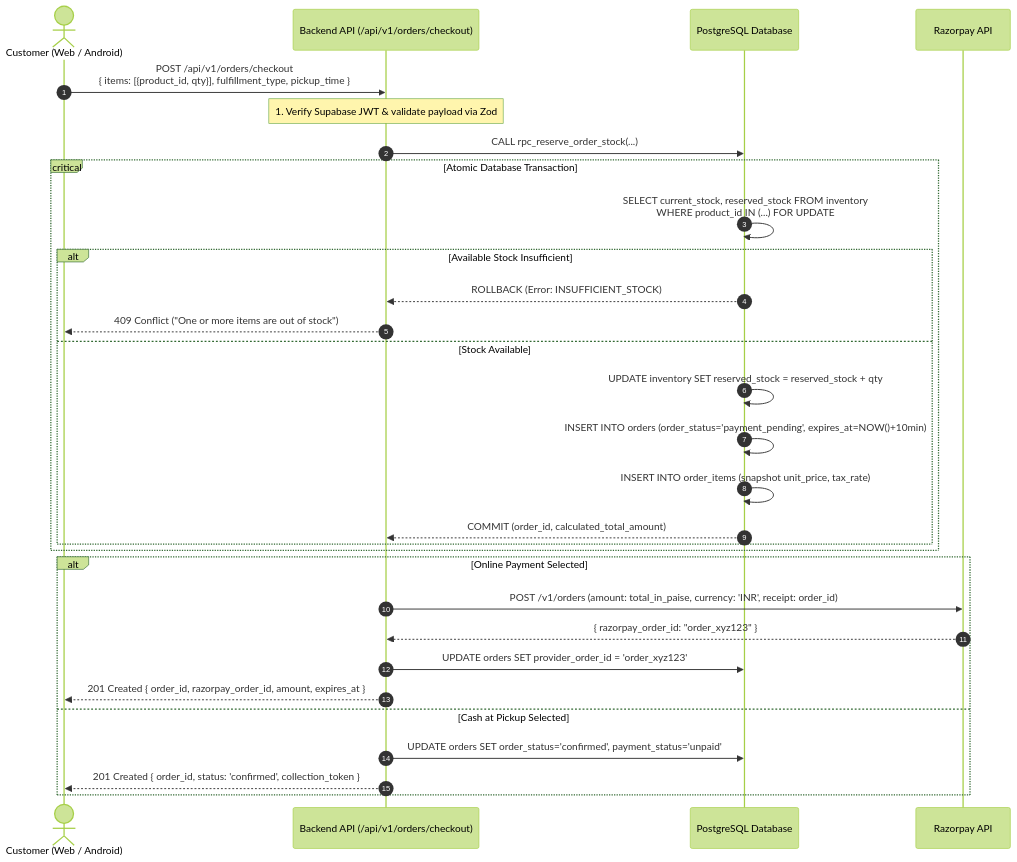
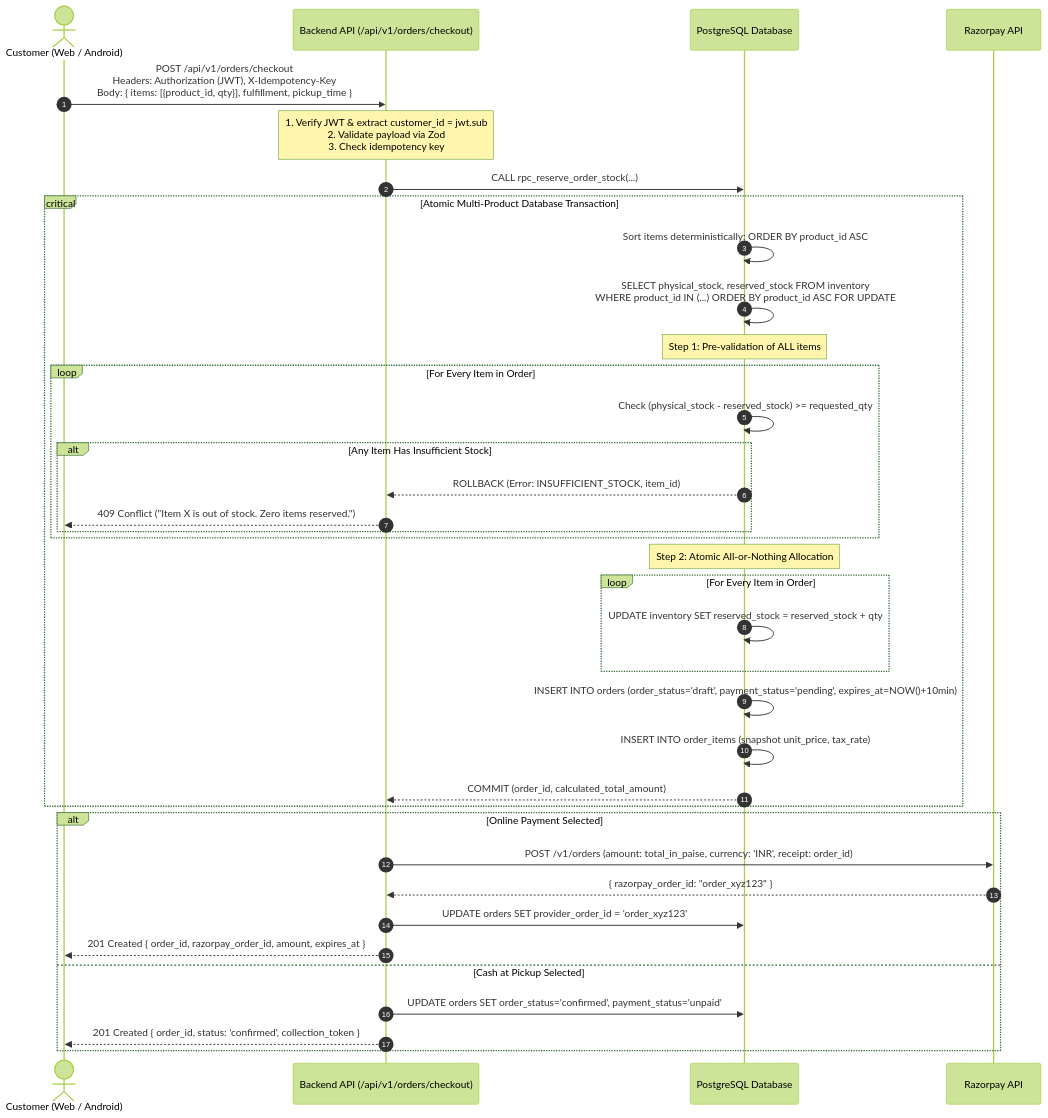
One commit to AbhinavKumar36/orange changed the second of 5 diagrams in docs/phase-0/SYSTEM_ARCHITECTURE.md. Above: the diagram before and after it, drawn with Mermaid (forest theme). The commit also changed other lines of this file and 9 other files, not shown here.

Commit message:
docs(phase-0.2): final consistency review: inventory accounting, multi-product deadlock safety, evidence-based refunds, and 10-phase roadmap

````diff
--- a/docs/phase-0/SYSTEM_ARCHITECTURE.md
+++ b/docs/phase-0/SYSTEM_ARCHITECTURE.md
@@ -158,35 +175,45 @@
 ```mermaid
 sequenceDiagram
     autonumber
     actor Customer as Customer (Web / Android)
     participant API as Backend API (/api/v1/orders/checkout)
     participant DB as PostgreSQL Database
     participant RP as Razorpay API
 
-    Customer->>API: POST /api/v1/orders/checkout<br/>{ items: [{product_id, qty}], fulfillment_type, pickup_time }
-    Note over API: 1. Verify Supabase JWT & validate payload via Zod
+    Customer->>API: POST /api/v1/orders/checkout<br/>Headers: Authorization (JWT), X-Idempotency-Key<br/>Body: { items: [{product_id, qty}], fulfillment, pickup_time }
+    
+    Note over API: 1. Verify JWT & extract customer_id = jwt.sub<br/>2. Validate payload via Zod<br/>3. Check idempotency key
     API->>DB: CALL rpc_reserve_order_stock(...)
     
-    critical Atomic Database Transaction
-        DB->>DB: SELECT current_stock, reserved_stock FROM inventory<br/>WHERE product_id IN (...) FOR UPDATE
-        alt Available Stock Insufficient
-            DB-->>API: ROLLBACK (Error: INSUFFICIENT_STOCK)
-            API-->>Customer: 409 Conflict ("One or more items are out of stock")
-        else Stock Available
+    critical Atomic Multi-Product Database Transaction
+        DB->>DB: Sort items deterministically: ORDER BY product_id ASC
+        DB->>DB: SELECT physical_stock, reserved_stock FROM inventory<br/>WHERE product_id IN (...) ORDER BY product_id ASC FOR UPDATE
+        
+        Note over DB: Step 1: Pre-validation of ALL items
+        loop For Every Item in Order
+            DB->>DB: Check (physical_stock - reserved_stock) >= requested_qty
+            alt Any Item Has Insufficient Stock
+                DB-->>API: ROLLBACK (Error: INSUFFICIENT_STOCK, item_id)
+                API-->>Customer: 409 Conflict ("Item X is out of stock. Zero items reserved.")
+            end
+        end
+
+        Note over DB: Step 2: Atomic All-or-Nothing Allocation
+        loop For Every Item in Order
             DB->>DB: UPDATE inventory SET reserved_stock = reserved_stock + qty
-            DB->>DB: INSERT INTO orders (order_status='payment_pending', expires_at=NOW()+10min)
-            DB->>DB: INSERT INTO order_items (snapshot unit_price, tax_rate)
-            DB-->>API: COMMIT (order_id, calculated_total_amount)
         end
+        DB->>DB: INSERT INTO orders (order_status='draft', payment_status='pending', expires_at=NOW()+10min)
+        DB->>DB: INSERT INTO order_items (snapshot unit_price, tax_rate)
+        DB-->>API: COMMIT (order_id, calculated_total_amount)
     end
 
     alt Online Payment Selected
         API->>RP: POST /v1/orders (amount: total_in_paise, currency: 'INR', receipt: order_id)
         RP-->>API: { razorpay_order_id: "order_xyz123" }
         API->>DB: UPDATE orders SET provider_order_id = 'order_xyz123'
         API-->>Customer: 201 Created { order_id, razorpay_order_id, amount, expires_at }
     else Cash at Pickup Selected
         API->>DB: UPDATE orders SET order_status='confirmed', payment_status='unpaid'
         API-->>Customer: 201 Created { order_id, status: 'confirmed', collection_token }
     end
 ```
````
